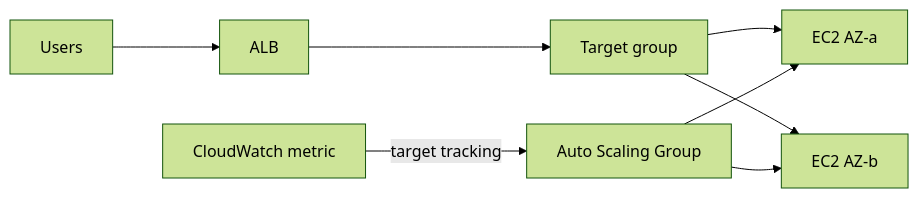
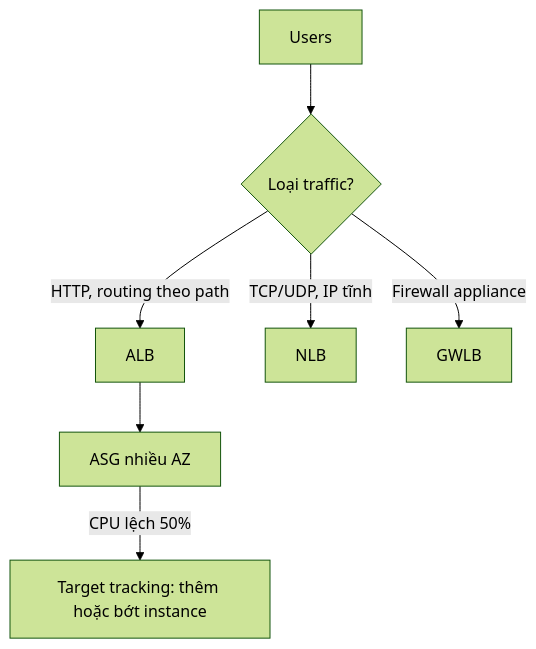
Before and after one commit to passion-Infinity/personal-tech-playbook: the diagram in src/assets/knowledge/playbooks/aws/elb-auto-scaling.md, drawn with Mermaid (forest theme). The commit also changed other lines of this file and 6 other files, not shown here.

First line of the commit message:
Deep-dive rewrite: EC2 networking/placement, VPC, ELB/ASG, RDS/Aurora, Route 53/CloudFront

````diff
--- a/src/assets/knowledge/playbooks/aws/elb-auto-scaling.md
+++ b/src/assets/knowledge/playbooks/aws/elb-auto-scaling.md
@@ -21,10 +33,9 @@
 ```mermaid
-flowchart LR
-    U[Users] --> ALB[ALB]
-    ALB --> TG[Target group]
-    TG --> A1[EC2 AZ-a]
-    TG --> A2[EC2 AZ-b]
-    CW[CloudWatch metric] -->|target tracking| ASG[Auto Scaling Group]
-    ASG --> A1
-    ASG --> A2
+flowchart TD
+    U[Users] --> LB{"Loại traffic?"}
+    LB -->|"HTTP, routing theo path"| ALB[ALB]
+    LB -->|"TCP/UDP, IP tĩnh"| NLB[NLB]
+    LB -->|"Firewall appliance"| GW[GWLB]
+    ALB --> ASG["ASG nhiều AZ"]
+    ASG -->|"CPU lệch 50%"| P["Target tracking: thêm hoặc bớt instance"]
 ```
````
